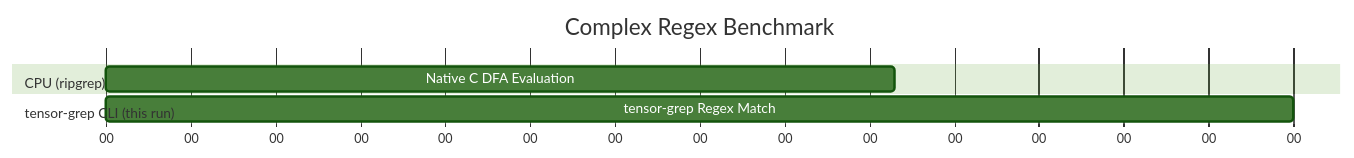
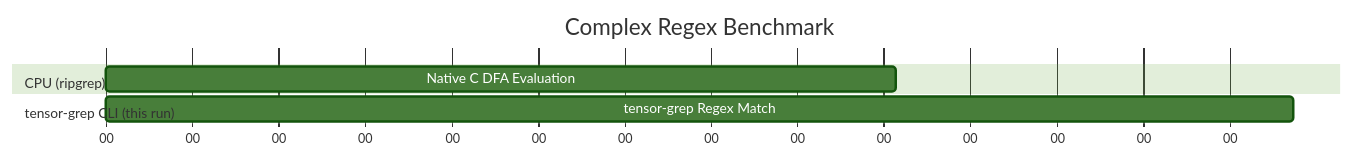
The second of 3 diagrams in docs/PAPER.md (oimiragieo/tensor-grep), drawn with Mermaid (forest theme) before and after one commit. The commit also changed other lines of this file and 1 other file, not shown here.

````diff
--- a/docs/PAPER.md
+++ b/docs/PAPER.md
@@ -103,12 +103,12 @@
 ```mermaid
 gantt
     title Complex Regex Benchmark
     dateFormat  s
     axisFormat %S
     
     section CPU (ripgrep)
-    Native C DFA Evaluation :a1, 0, 0.465s
+    Native C DFA Evaluation :a1, 0, 0.457s
     
     section tensor-grep CLI (this run)
-    tensor-grep Regex Match :a2, 0, 0.700s
+    tensor-grep Regex Match :a2, 0, 0.687s
 ```
````
